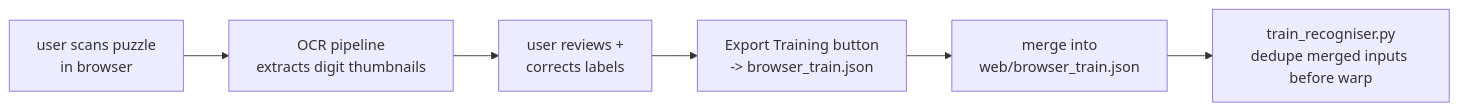
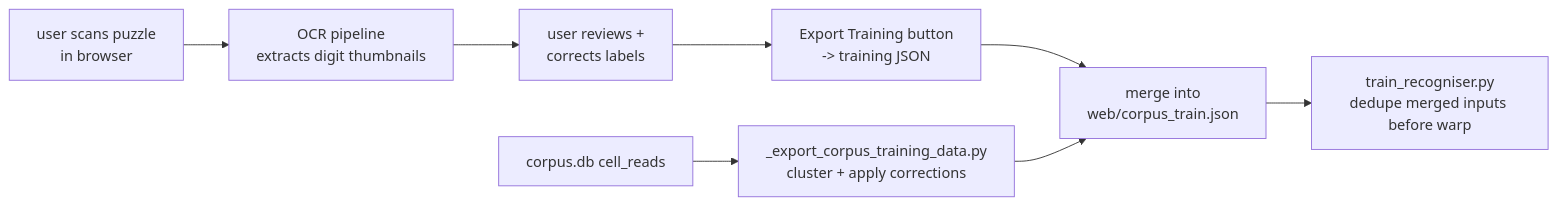
The ninth of 10 diagrams in docs/image-pipeline.md (gbarrett28/cagedoku), drawn with Mermaid before and after one commit. The commit also changed other lines of this file and 28 other files, not shown here.

````diff
--- a/docs/image-pipeline.md
+++ b/docs/image-pipeline.md
@@ -572,8 +581,10 @@
 ```mermaid
 flowchart LR
     A[user scans puzzle\nin browser] --> B[OCR pipeline\nextracts digit thumbnails]
     B --> C[user reviews +\ncorrects labels]
-    C --> D[Export Training button\n-> browser_train.json]
-    D --> E[merge into\nweb/browser_train.json]
+    C --> D[Export Training button\n-> training JSON]
+    D --> E[merge into\nweb/corpus_train.json]
     E --> F[train_recogniser.py\ndedupe merged inputs before warp]
+    G[corpus.db cell_reads] --> H[_export_corpus_training_data.py\ncluster + apply corrections]
+    H --> E
 ```
````
